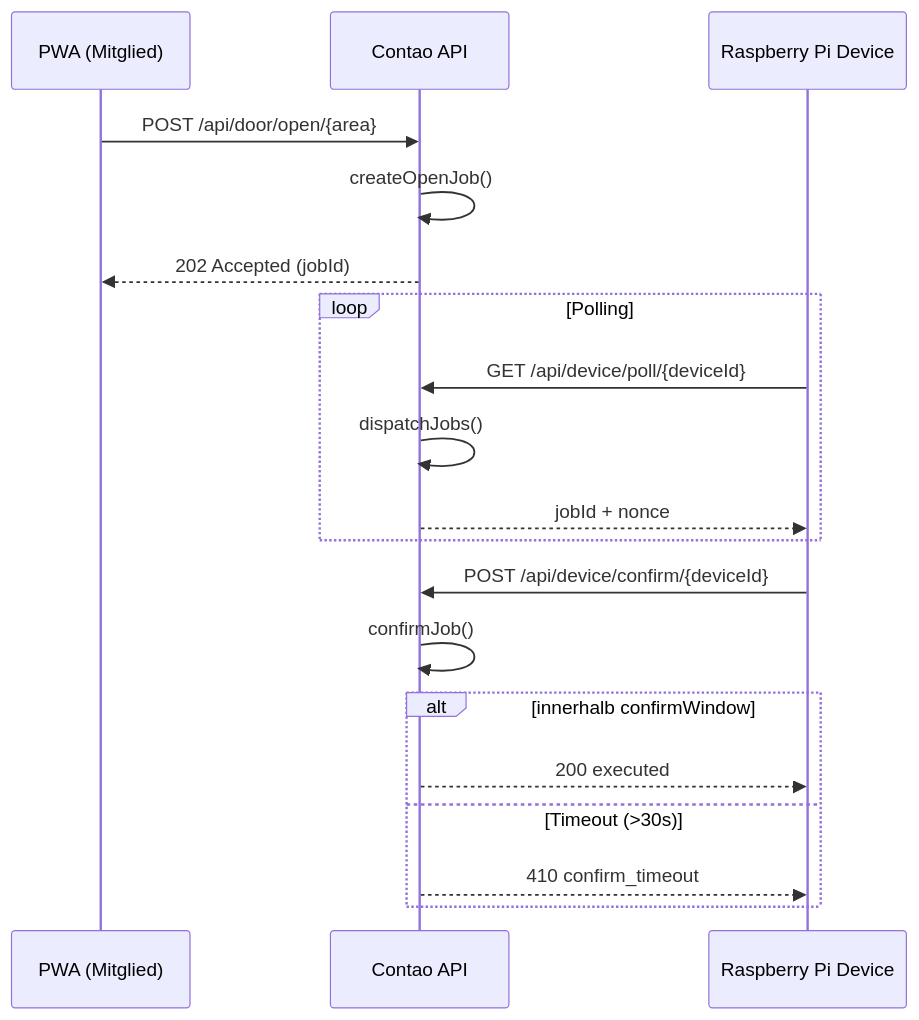
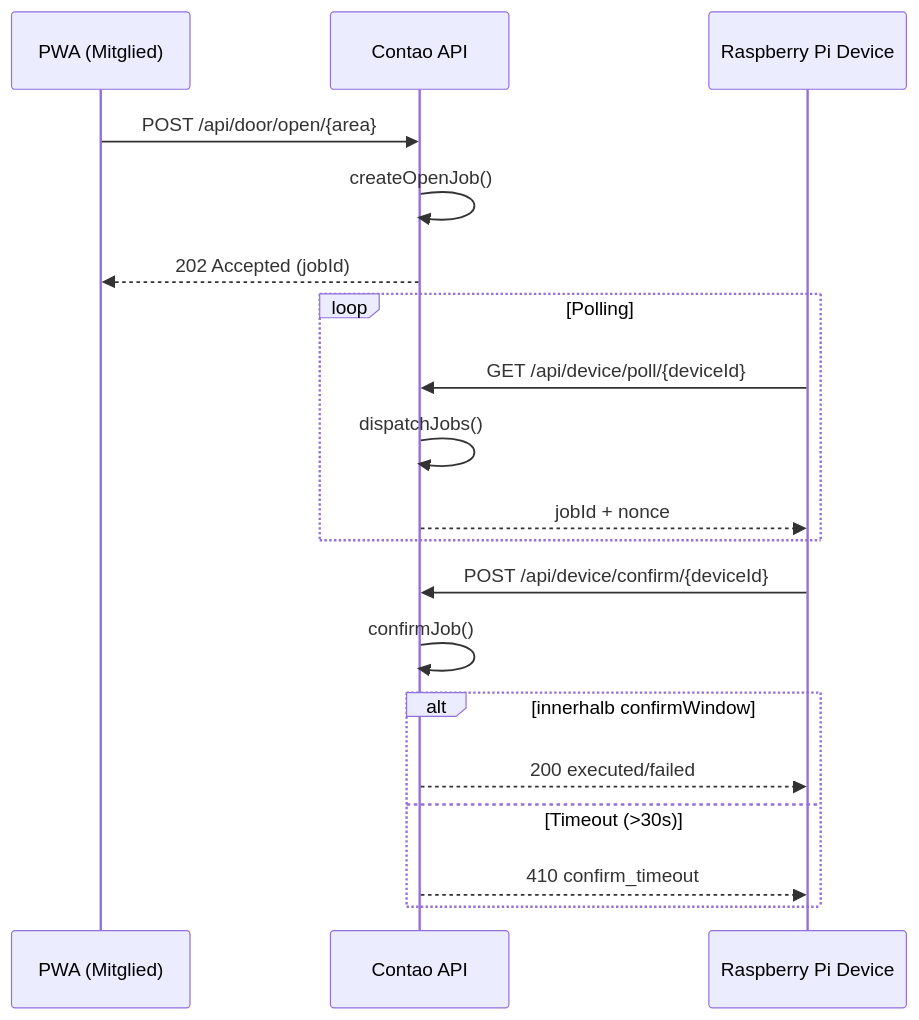
Before and after one commit to zukunftsforum-rissen/community-offers-bundle: the diagram in docs/api-door.md, drawn with Mermaid. The commit also changed other lines of this file, not shown here.

````diff
--- a/docs/api-door.md
+++ b/docs/api-door.md
@@ -173,25 +78,25 @@
-```mermaid
+``` mermaid
 sequenceDiagram
     participant User as PWA (Mitglied)
     participant API as Contao API
     participant Pi as Raspberry Pi Device
 
     User->>API: POST /api/door/open/{area}
     API->>API: createOpenJob()
     API-->>User: 202 Accepted (jobId)
 
     loop Polling
         Pi->>API: GET /api/device/poll/{deviceId}
         API->>API: dispatchJobs()
         API-->>Pi: jobId + nonce
     end
 
     Pi->>API: POST /api/device/confirm/{deviceId}
     API->>API: confirmJob()
 
     alt innerhalb confirmWindow
-        API-->>Pi: 200 executed
+        API-->>Pi: 200 executed/failed
     else Timeout (>30s)
         API-->>Pi: 410 confirm_timeout
     end
 ```
````
